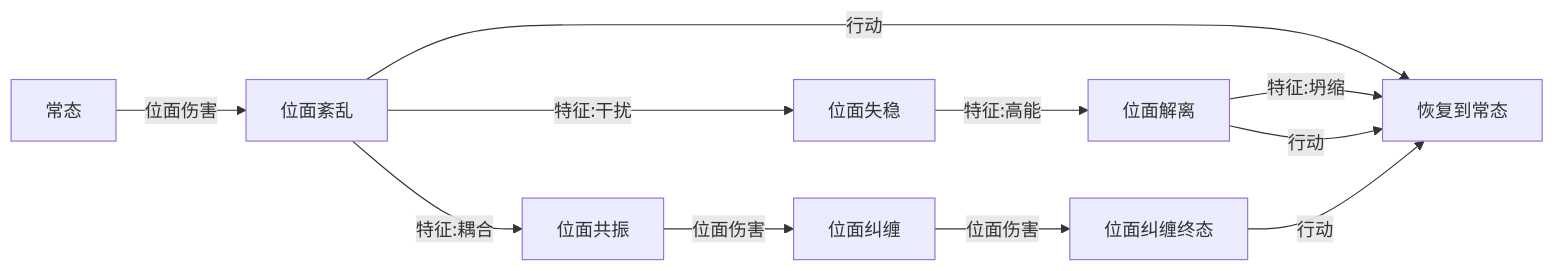
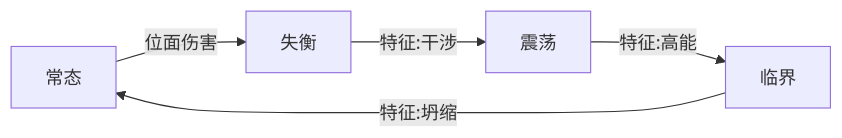
One commit to n-sym/n-sym.github.io changed the diagram in _posts/2025-12-28-回合制设计.md. Above: the diagram before and after it, drawn with Mermaid. The commit also changed other lines of this file and 1 other file, not shown here.

````diff
--- a/_posts/2025-12-28-回合制设计.md
+++ b/_posts/2025-12-28-回合制设计.md
@@ -127,22 +102,12 @@
 ``` mermaid
 graph LR
 A[常态]
-z[恢复到常态]
-a[位面紊乱]
-b[位面共振]
-c[位面解离]
-d[位面纠缠]
-dd[位面纠缠终态]
-e[位面失稳]
+a[失衡]
+c[临界]
+e[震荡]
 
 A -->|位面伤害| a
-a -->|行动| z
 e -->|特征:高能| c
-a -->|特征:干扰| e
-c -->|特征:坍缩| z
-c -->|行动| z
-a -->|特征:耦合| b
-d -->|位面伤害| dd
-dd -->|行动| z
-b -->|位面伤害| d
+a -->|特征:干涉| e
+c -->|特征:坍缩| A
 ```
````
